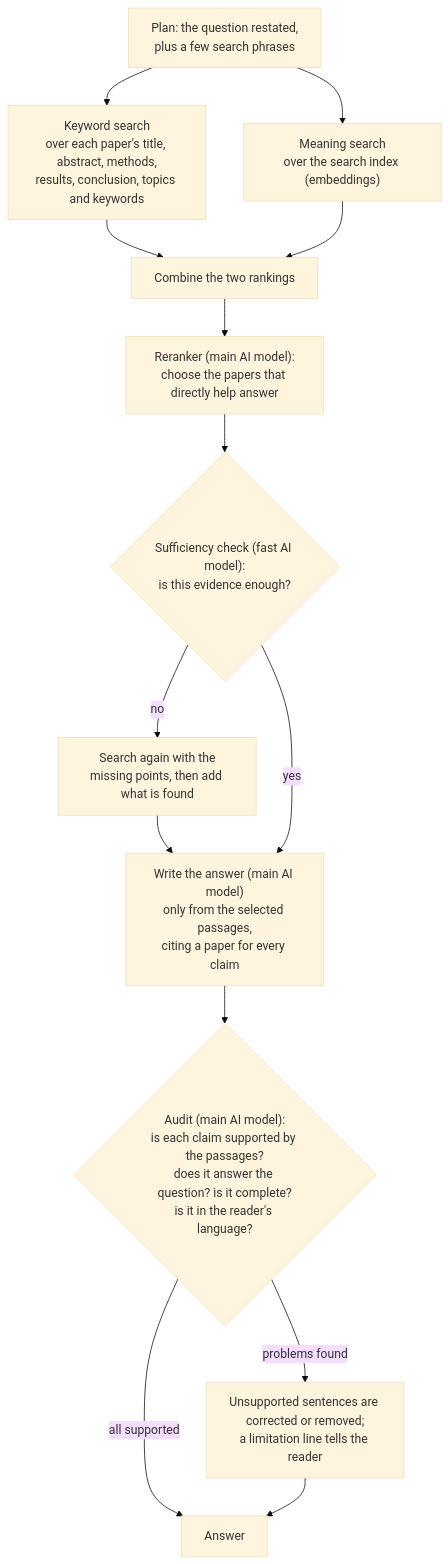
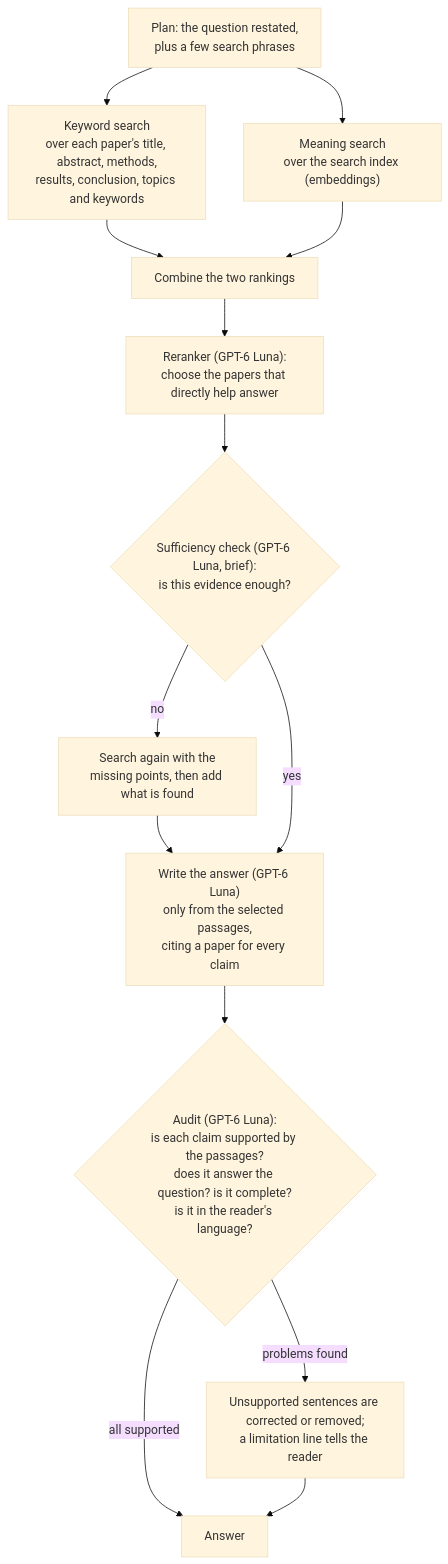
The fourth of 7 diagrams in docs/33-chat-architecture.md (LLM-Project2005/papertrend_extractor_LLM), drawn with Mermaid (base theme) before and after one commit. The commit also changed other lines of this file and 15 other files, not shown here.

First line of the commit message:
feat(chat): GPT-6 Luna everywhere GPT-5.6 Luna ran, and for the planner (docs/34)

````diff
--- a/docs/33-chat-architecture.md
+++ b/docs/33-chat-architecture.md
@@ -104,17 +104,17 @@
 ```mermaid
 flowchart TD
     A["Plan: the question restated,<br/>plus a few search phrases"] --> B1 & B2
     B1["Keyword search<br/>over each paper's title, abstract, methods,<br/>results, conclusion, topics and keywords"]
     B2["Meaning search<br/>over the search index (embeddings)"]
     B1 --> C["Combine the two rankings"]
     B2 --> C
-    C --> D["Reranker (main AI model):<br/>choose the papers that directly help answer"]
-    D --> E{"Sufficiency check (fast AI model):<br/>is this evidence enough?"}
+    C --> D["Reranker (GPT-6 Luna):<br/>choose the papers that directly help answer"]
+    D --> E{"Sufficiency check (GPT-6 Luna, brief):<br/>is this evidence enough?"}
     E -- "no" --> F["Search again with the<br/>missing points, then add what is found"]
     F --> G
-    E -- "yes" --> G["Write the answer (main AI model)<br/>only from the selected passages,<br/>citing a paper for every claim"]
-    G --> H{"Audit (main AI model):<br/>is each claim supported by the passages?<br/>does it answer the question? is it complete?<br/>is it in the reader's language?"}
+    E -- "yes" --> G["Write the answer (GPT-6 Luna)<br/>only from the selected passages,<br/>citing a paper for every claim"]
+    G --> H{"Audit (GPT-6 Luna):<br/>is each claim supported by the passages?<br/>does it answer the question? is it complete?<br/>is it in the reader's language?"}
     H -- "all supported" --> I["Answer"]
     H -- "problems found" --> J["Unsupported sentences are corrected or removed;<br/>a limitation line tells the reader"]
     J --> I
 ```
````
